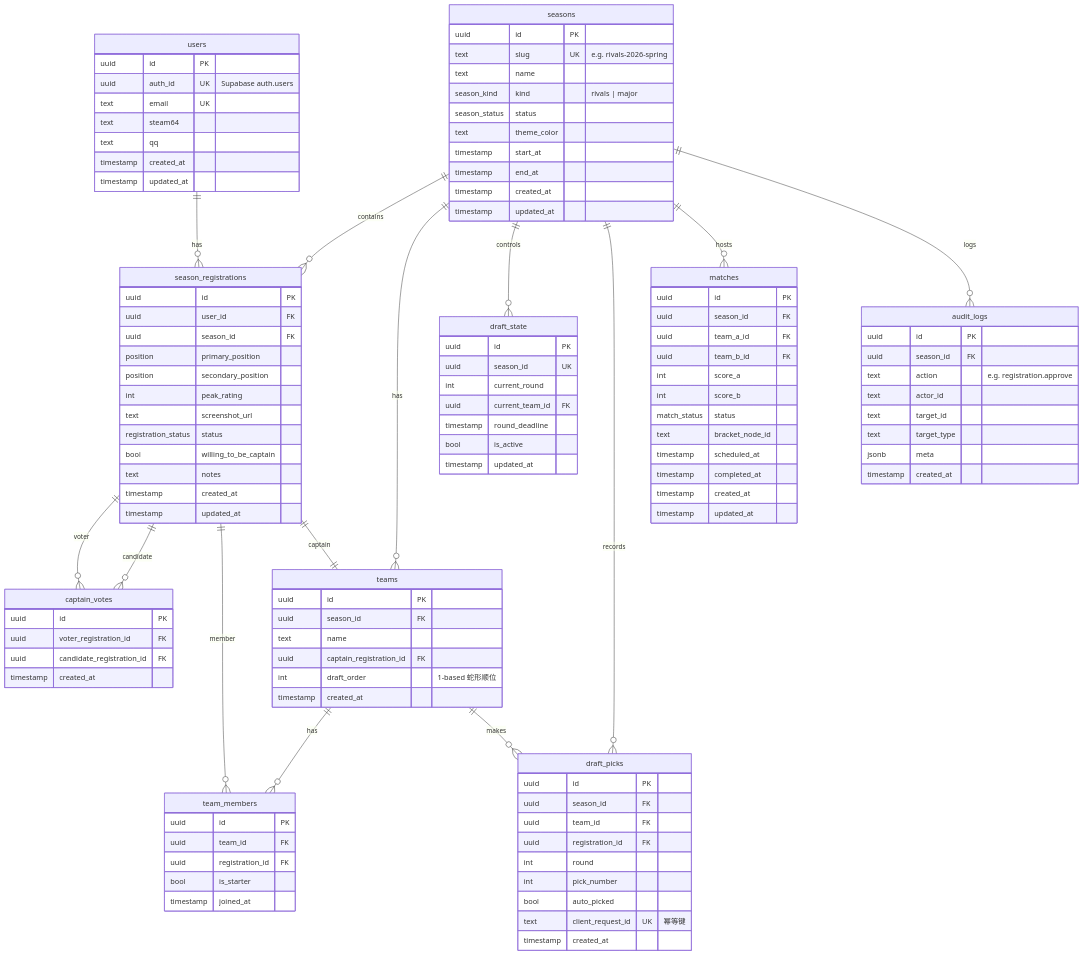
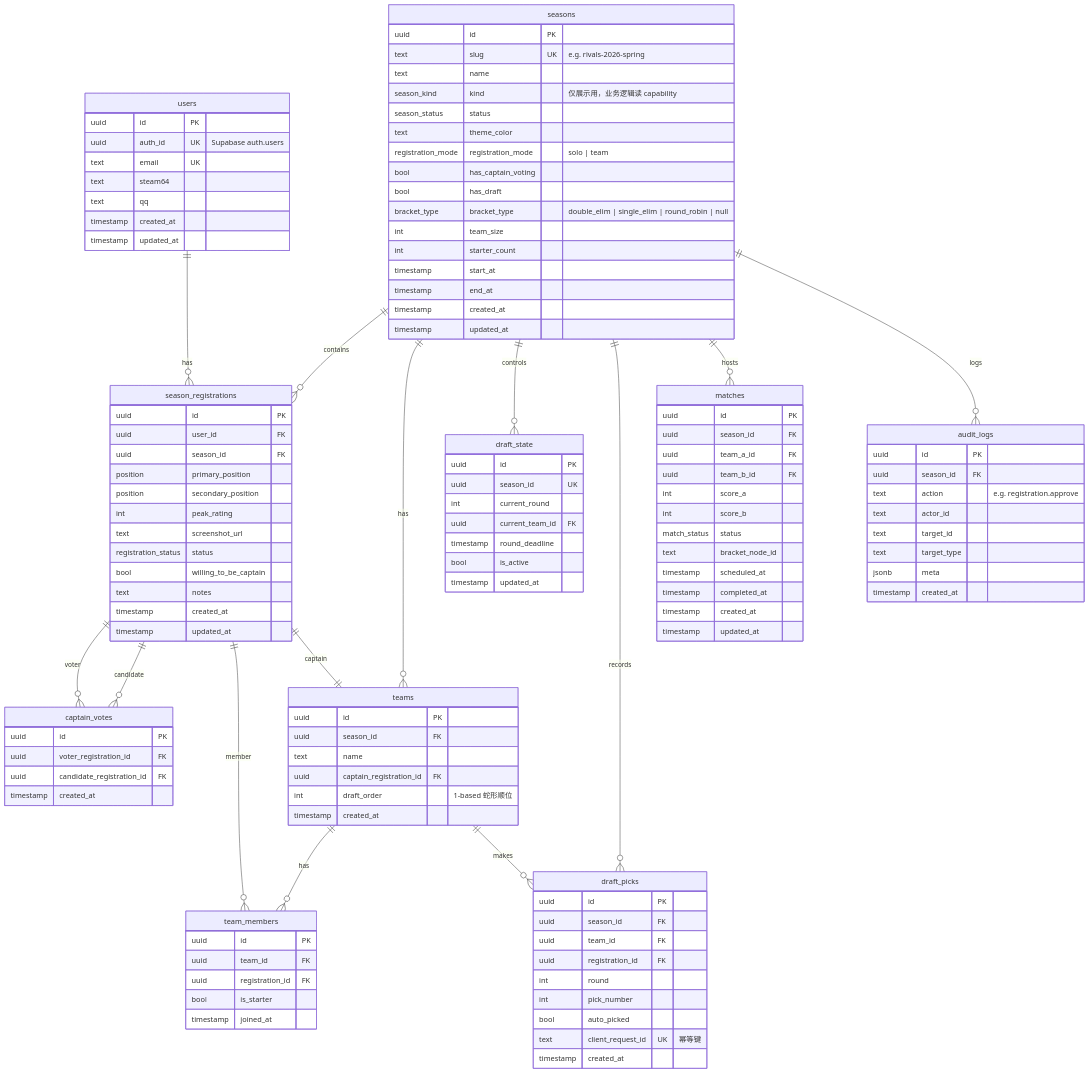
One commit to Starfie1d1272/RivalHub changed the diagram in docs/data-model.md. Above: the diagram before and after it, drawn with Mermaid. The commit also changed other lines of this file and 12 other files, not shown here.

```diff
--- a/docs/data-model.md
+++ b/docs/data-model.md
@@ -18,9 +18,15 @@
     uuid id PK
     text slug UK "e.g. rivals-2026-spring"
     text name
-    season_kind kind "rivals | major"
+    season_kind kind "仅展示用，业务逻辑读 capability"
     season_status status
     text theme_color
+    registration_mode registration_mode "solo | team"
+    bool has_captain_voting
+    bool has_draft
+    bracket_type bracket_type "double_elim | single_elim | round_robin | null"
+    int team_size
+    int starter_count
     timestamp start_at
     timestamp end_at
     timestamp created_at
```
